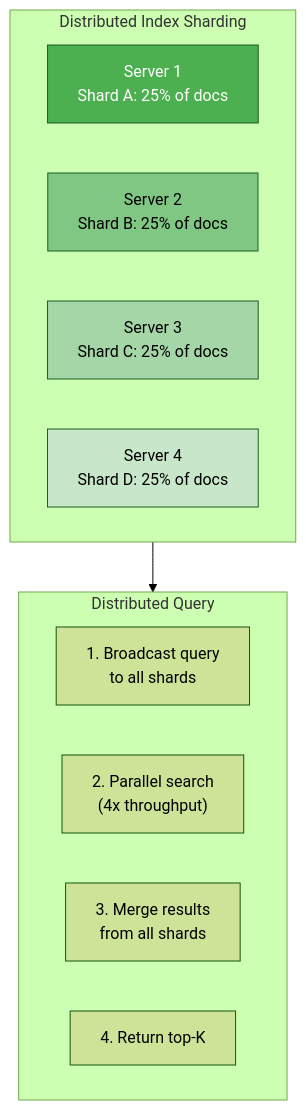
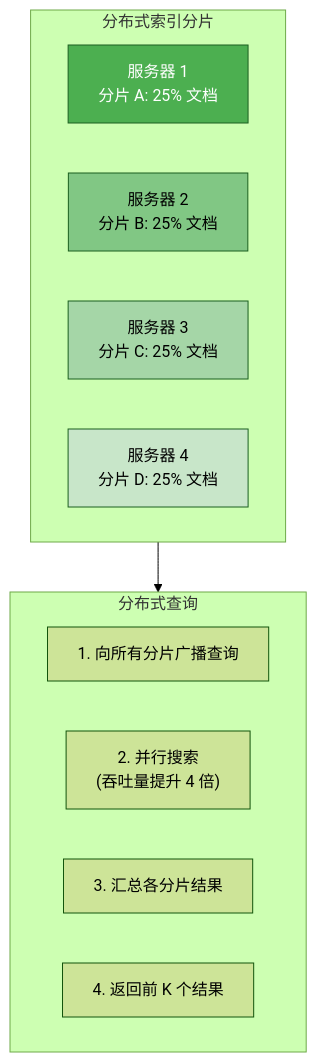
Before and after one commit to YiWang24/AiDIY: diagram 11 of 14 in i18n/zh-Hans/docusaurus-plugin-content-docs/current/ai/rag/03-index.mdx, drawn with Mermaid (forest theme). The commit also changed other lines of this file and 59 other files, not shown here.

````diff
--- a/i18n/zh-Hans/docusaurus-plugin-content-docs/current/ai/rag/03-index.mdx
+++ b/i18n/zh-Hans/docusaurus-plugin-content-docs/current/ai/rag/03-index.mdx
@@ -825,23 +791,23 @@
 ```mermaid
 flowchart TB
-    subgraph Sharding["Distributed Index Sharding"]
-        S1["Server 1<br/>Shard A: 25% of docs"]
-        S2["Server 2<br/>Shard B: 25% of docs"]
-        S3["Server 3<br/>Shard C: 25% of docs"]
-        S4["Server 4<br/>Shard D: 25% of docs"]
+    subgraph Sharding["分布式索引分片"]
+        S1["服务器 1<br/>分片 A: 25% 文档"]
+        S2["服务器 2<br/>分片 B: 25% 文档"]
+        S3["服务器 3<br/>分片 C: 25% 文档"]
+        S4["服务器 4<br/>分片 D: 25% 文档"]
     end
 
-    subgraph Query["Distributed Query"]
-        Q1["1. Broadcast query<br/>to all shards"]
-        Q2["2. Parallel search<br/>(4x throughput)"]
-        Q3["3. Merge results<br/>from all shards"]
-        Q4["4. Return top-K"]
+    subgraph Query["分布式查询"]
+        Q1["1. 向所有分片广播查询"]
+        Q2["2. 并行搜索<br/>(吞吐量提升 4 倍)"]
+        Q3["3. 汇总各分片结果"]
+        Q4["4. 返回前 K 个结果"]
     end
 
     Sharding --> Query
 
     style S1 fill:#4caf50,stroke:#1b5e20,color:#fff
     style S2 fill:#81c784,stroke:#1b5e20,color:#000
     style S3 fill:#a5d6a7,stroke:#1b5e20,color:#000
     style S4 fill:#c8e6c9,stroke:#1b5e20,color:#000
 ```
````
